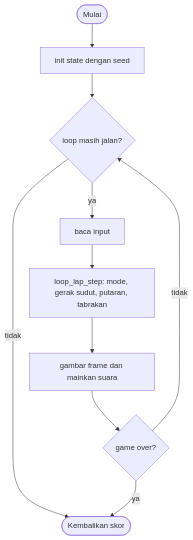
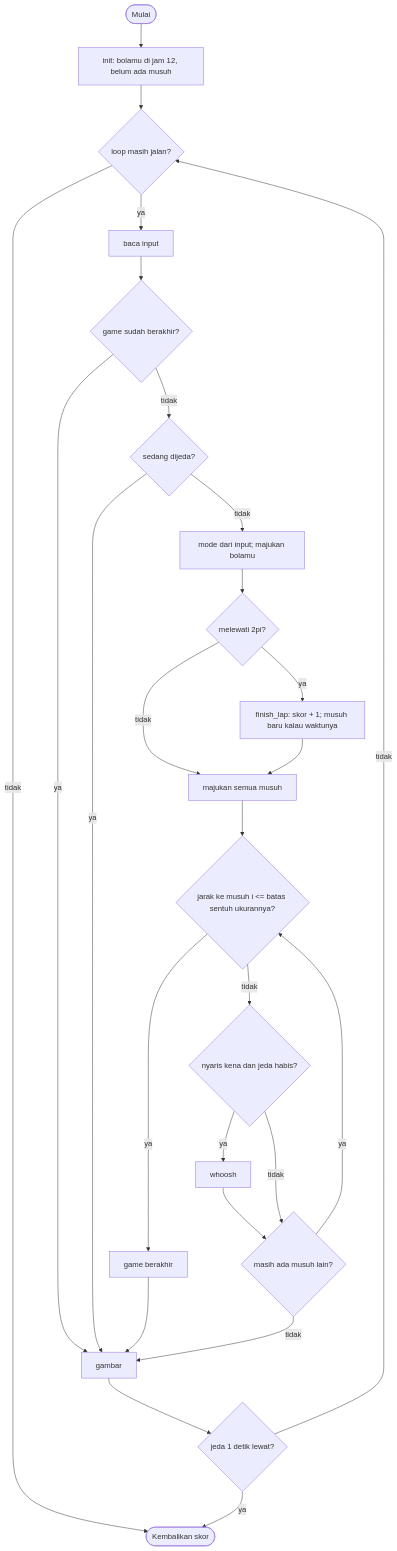
One commit to zaxx-q/arCade changed the diagram in games/loop_lap/GAME.md. Above: the diagram before and after it, drawn with Mermaid. The commit also changed other lines of this file and 6 other files, not shown here.

````diff
--- a/games/loop_lap/GAME.md
+++ b/games/loop_lap/GAME.md
@@ -136,12 +203,25 @@
 ```mermaid
 flowchart TD
-    A([Mulai]) --> B["init state dengan seed"]
+    A([Mulai]) --> B["init: bolamu di jam 12, belum ada musuh"]
     B --> C{"loop masih jalan?"}
     C -- tidak --> Z([Kembalikan skor])
     C -- ya --> D[baca input]
-    D --> E["loop_lap_step: mode, gerak sudut, putaran, tabrakan"]
-    E --> F[gambar frame dan mainkan suara]
-    F --> G{"game over?"}
-    G -- tidak --> C
-    G -- ya --> Z
+    D --> E{"game sudah berakhir?"}
+    E -- ya --> L[gambar] --> M{"jeda 1 detik lewat?"}
+    M -- ya --> Z
+    M -- tidak --> C
+    E -- tidak --> F{"sedang dijeda?"}
+    F -- ya --> L
+    F -- tidak --> G["mode dari input; majukan bolamu"]
+    G --> H{"melewati 2pi?"}
+    H -- ya --> I["finish_lap: skor + 1; musuh baru kalau waktunya"]
+    H -- tidak --> J[majukan semua musuh]
+    I --> J
+    J --> K{"jarak ke musuh i <= batas sentuh ukurannya?"}
+    K -- ya --> N[game berakhir] --> L
+    K -- tidak --> O{"nyaris kena dan jeda habis?"}
+    O -- ya --> P[whoosh] --> Q
+    O -- tidak --> Q{"masih ada musuh lain?"}
+    Q -- ya --> K
+    Q -- tidak --> L
 ```
````
